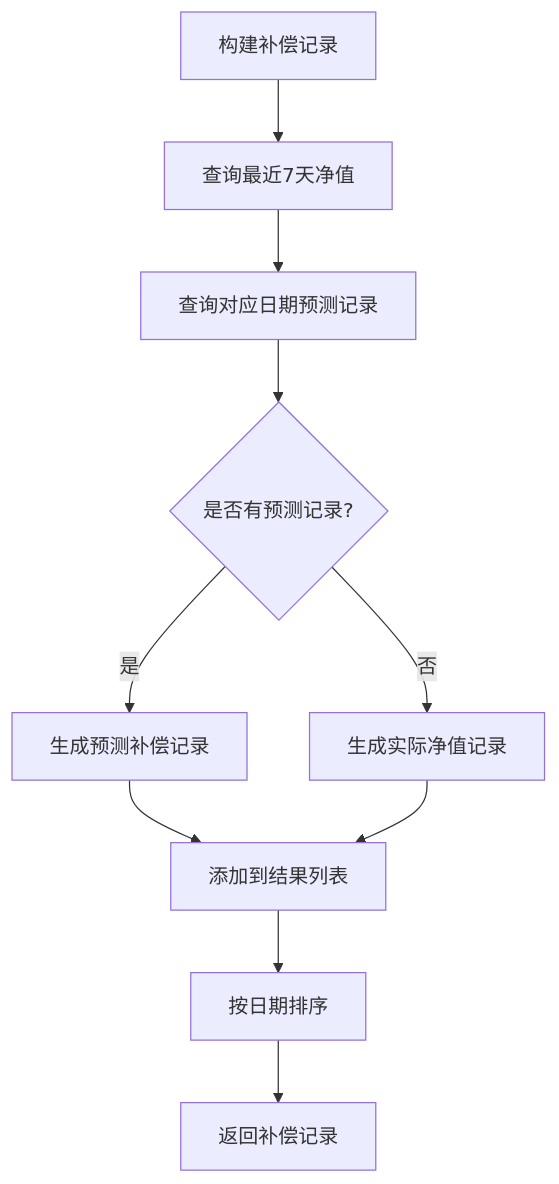
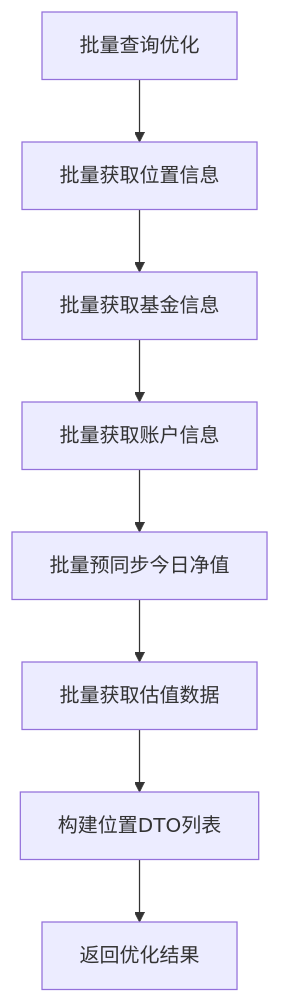
One commit to gree-coder/fund-butler changed diagram 16 of 28 in .qoder/repowiki/zh/content/核心功能开发/FundController增强.md. Above: the diagram before and after it, drawn with Mermaid. The commit also changed other lines of this file and 7 other files, not shown here.

````diff
--- a/.qoder/repowiki/zh/content/核心功能开发/FundController增强.md
+++ b/.qoder/repowiki/zh/content/核心功能开发/FundController增强.md
@@ -659,12 +763,10 @@
 ```mermaid
 flowchart TD
-A[构建补偿记录] --> B[查询最近7天净值]
-B --> C[查询对应日期预测记录]
-C --> D{是否有预测记录?}
-D --> |是| E[生成预测补偿记录]
-D --> |否| F[生成实际净值记录]
-E --> G[添加到结果列表]
-F --> G
-G --> H[按日期排序]
-H --> I[返回补偿记录]
+A[批量查询优化] --> B[批量获取位置信息]
+B --> C[批量获取基金信息]
+C --> D[批量获取账户信息]
+D --> E[批量预同步今日净值]
+E --> F[批量获取估值数据]
+F --> G[构建位置DTO列表]
+G --> H[返回优化结果]
 ```
````
